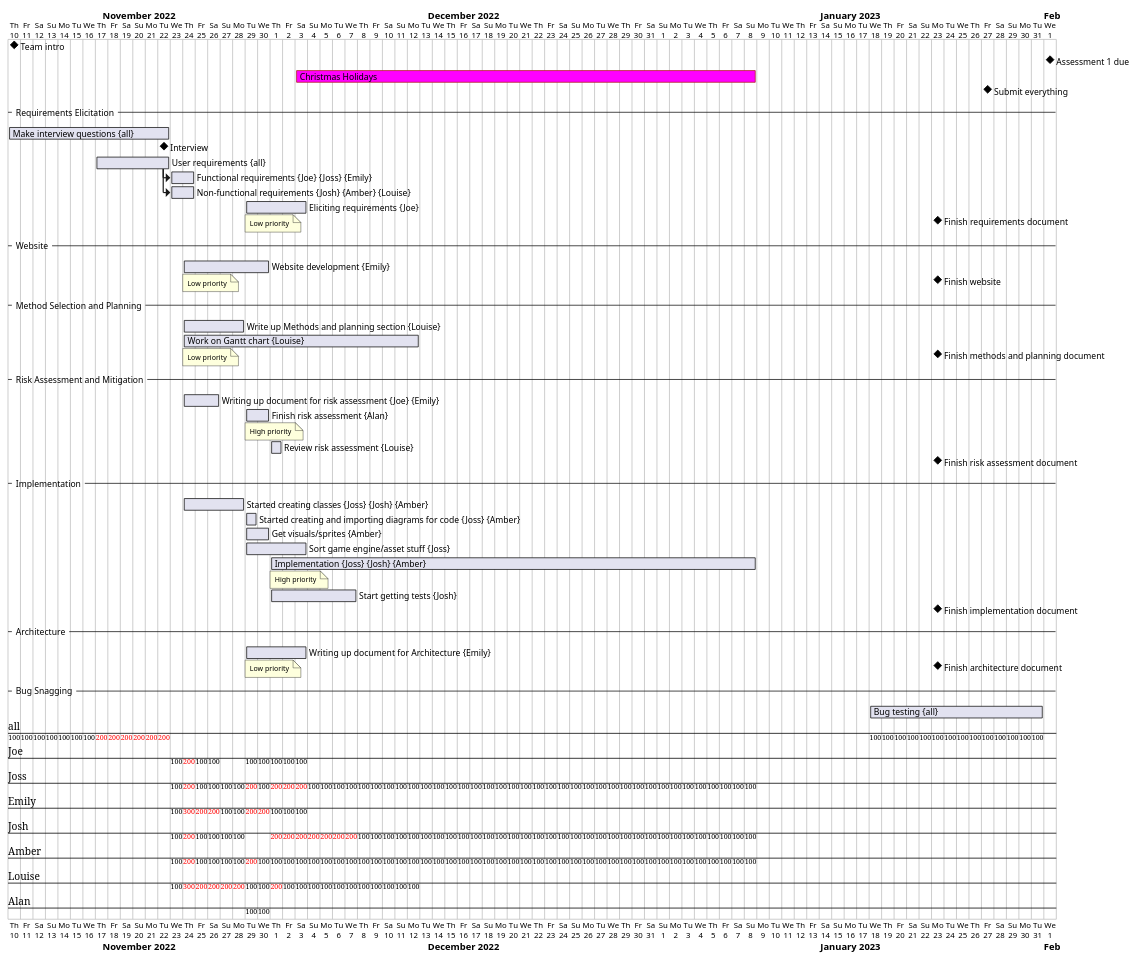
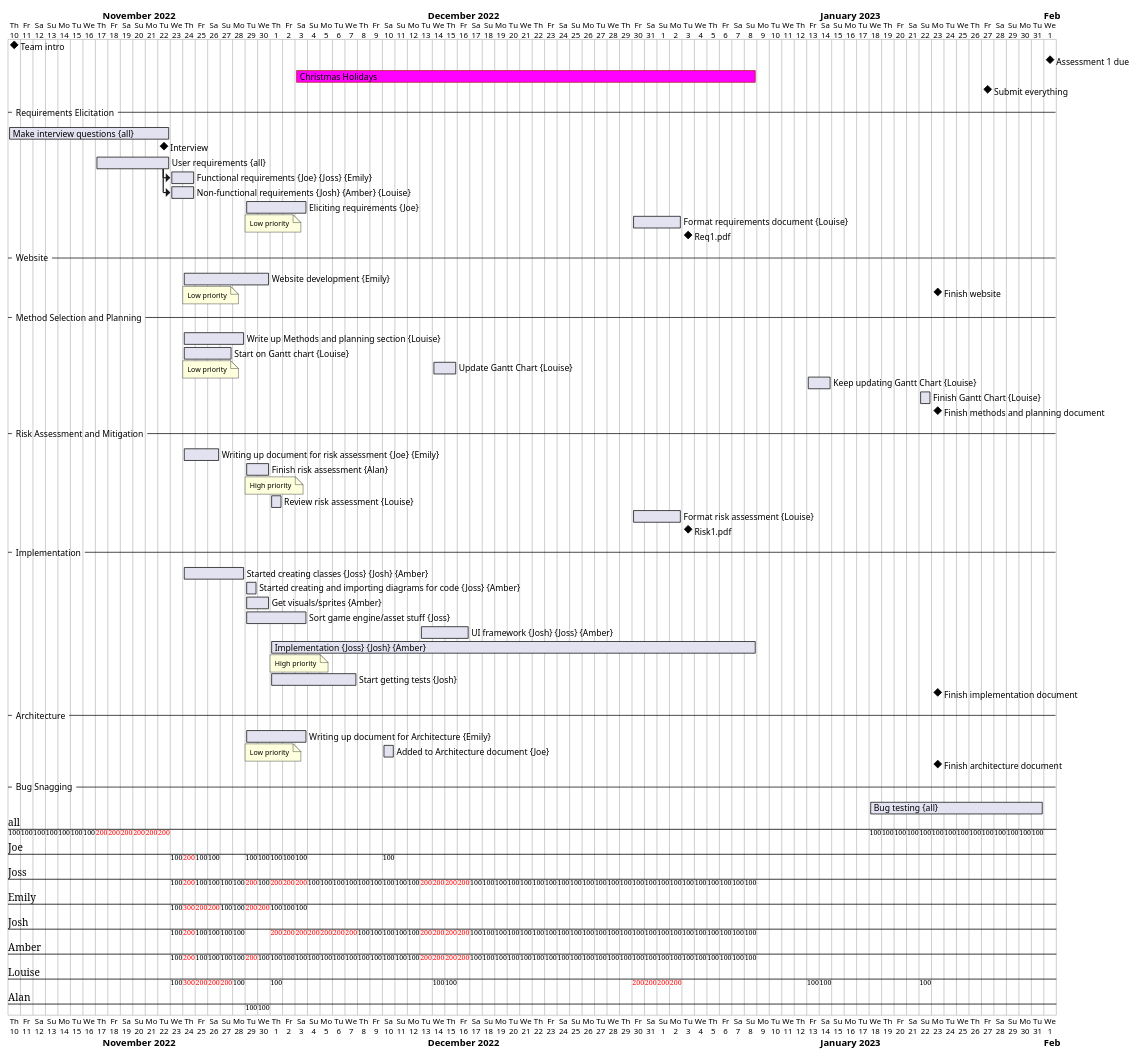
The diagram in plantuml/gantt.plantuml (JMM889901/ENG1_Group24), drawn with PlantUML before and after one commit.

```diff
--- a/plantuml/gantt.plantuml
+++ b/plantuml/gantt.plantuml
@@ -1,66 +1,73 @@
 @startgantt
 Project starts 2022-11-10
 [Team intro] happens at 2022-11-10
 [Assessment 1 due] happens at 2023-2-1
 [Christmas Holidays] starts 2022-12-3
 [Christmas Holidays] ends 2023-1-8
 [Christmas Holidays] is colored in Fuchsia/FireBrick
 [Submit everything] happens at 2023-1-27
 --Requirements Elicitation--
 [Make interview questions] on {all} lasts 13 days
 [Interview] happens at 2022-11-22
 [User requirements] on {all} starts 2022-11-17 and lasts 6 days
 [Functional requirements] on {Joe} {Joss} {Emily} lasts 4 days
 [Non-functional requirements] on {Josh} {Amber} {Louise} lasts 4 days
 [User requirements] -> [Functional requirements]
 [User requirements] -> [Non-functional requirements]
 [Eliciting requirements] on {Joe} starts 2022-11-29 and lasts 5 days
 note bottom
 Low priority
 end note
-[Finish requirements document] happens at 2023-1-23
+[Format requirements document] on {Louise} starts 2022-12-30 and lasts 4 days
+[Req1.pdf] happens at 2023-1-3
 --Website--
 [Website development] on {Emily} starts 2022-11-24 and lasts 1 week
 note bottom
 Low priority
 end note
 [Finish website] happens at 2023-1-23
 --Method Selection and Planning--
 [Write up Methods and planning section] on {Louise} starts 2022-11-24
 [Write up Methods and planning section] ends 2022-11-28
-[Work on Gantt chart] on {Louise} starts 2022-11-24
-[Work on Gantt chart] ends 2022-12-12
+[Start on Gantt chart] on {Louise} starts 2022-11-24 and lasts 4 days
 note bottom
 Low priority
 end note
+[Update Gantt Chart] on {Louise} starts 2022-12-14 and lasts 2 days
+[Keep updating Gantt Chart] on {Louise} starts 2023-1-13 and lasts 2 days
+[Finish Gantt Chart] on {Louise} starts 2023-1-22
 [Finish methods and planning document] happens at 2023-1-23
 --Risk Assessment and Mitigation--
 [Writing up document for risk assessment] on {Joe} {Emily} starts 2022-11-24 and lasts 5 days
 [Finish risk assessment] on {Alan} starts 2022-11-29 and lasts 2 days
 note bottom 
 High priority
 end note
 [Review risk assessment] on {Louise} starts 2022-12-1 and lasts 1 day
-[Finish risk assessment document] happens at 2023-1-23
+[Format risk assessment] on {Louise} starts 2022-12-30 and lasts 4 days
+[Risk1.pdf] happens at 2023-1-3
 --Implementation--
 [Started creating classes] on {Joss} {Josh} {Amber} starts 2022-11-24 and lasts 2 weeks
 [Started creating and importing diagrams for code] on {Joss} {Amber} starts 2022-11-29
 [Get visuals/sprites] on {Amber} starts 2022-11-29
 [Get visuals/sprites] ends 2022-11-30
 [Sort game engine/asset stuff] on {Joss} starts 2022-11-29 and lasts 5 days
+[UI framework] on {Josh} {Joss} {Amber} starts 2022-12-13
+[UI framework] ends 2022-12-16
 [Implementation] on {Joss} {Josh} {Amber} starts 2022-12-1
 [Implementation] ends 2023-1-8
 note bottom
 High priority
 end note
 [Start getting tests] on {Josh} starts 2022-12-1 and lasts 1 week
 [Finish implementation document] happens at 2023-1-23
 --Architecture--
 [Writing up document for Architecture] on {Emily} starts 2022-11-29 and lasts 5 days
 note bottom 
 Low priority
 end note
+[Added to Architecture document] on {Joe} starts 2022-12-10
 [Finish architecture document] happens at 2023-1-23
 --Bug Snagging--
 [Bug testing] on {all} starts 2023-1-18 and lasts 14 days
 @endgantt
```
